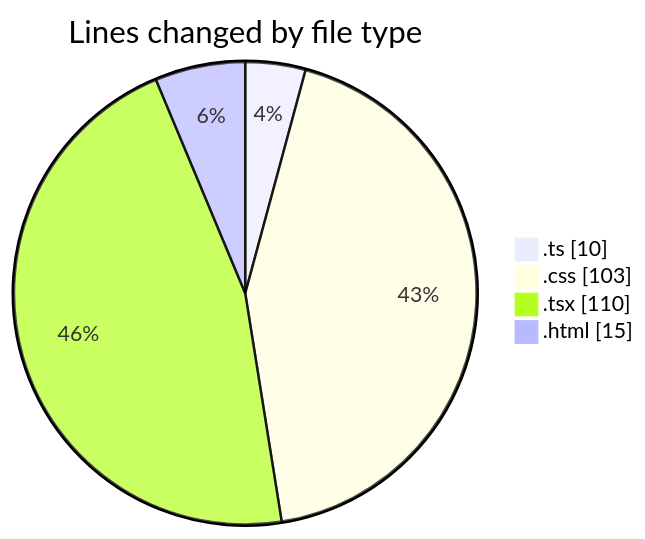
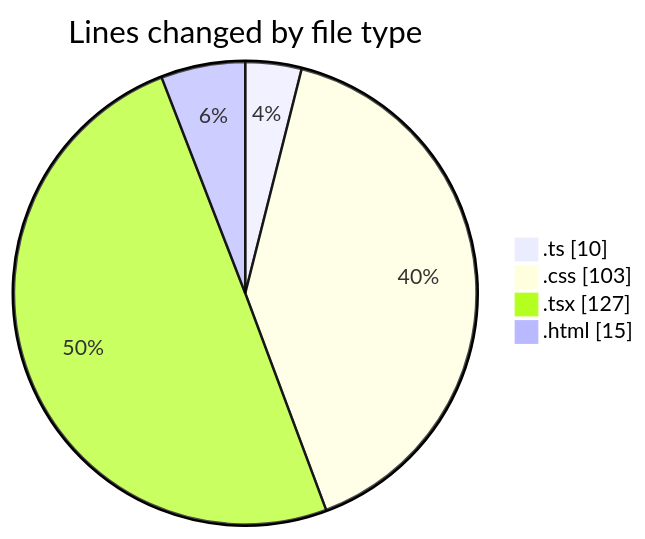
Before and after one commit to EIIisD/code-tracking: the first of 2 diagrams in 2025-07-31/tw-server/README.md, drawn with Mermaid. The commit also changed other lines of this file and 1 other file, not shown here.

````diff
--- a/2025-07-31/tw-server/README.md
+++ b/2025-07-31/tw-server/README.md
@@ -25,8 +25,8 @@
 ```mermaid
 pie showData
 title Lines changed by file type
 ".ts" : 10
 ".css" : 103
-".tsx" : 110
+".tsx" : 127
 ".html" : 15
 ```
````
